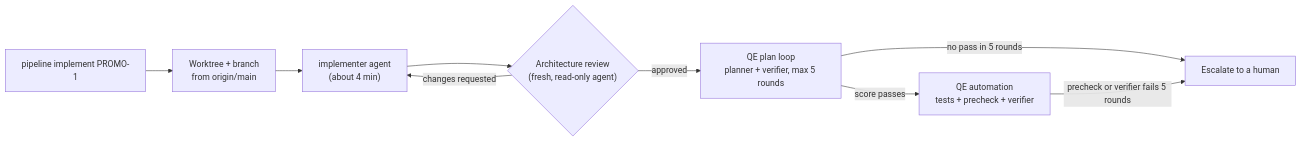
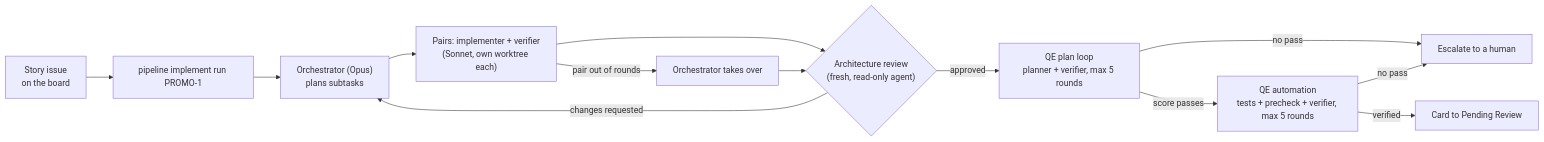
The diagram in docs/ai-pipeline/demo-first-results.md (armandodollia-slalom/AI-Immersion-eShop), drawn with Mermaid before and after one commit. The commit also changed other lines of this file, not shown here.

First line of the commit message:
Add Run 5 results to the PROMO-1 pipeline write-up

````diff
--- a/docs/ai-pipeline/demo-first-results.md
+++ b/docs/ai-pipeline/demo-first-results.md
@@ -11,11 +11,15 @@
 ```mermaid
 flowchart LR
-  C["pipeline implement PROMO-1"] --> W["Worktree + branch<br/>from origin/main"]
-  W --> I["implementer agent<br/>(about 4 min)"]
-  I --> R{"Architecture review<br/>(fresh, read-only agent)"}
-  R -->|changes requested| I
-  R -->|approved| P["QE plan loop<br/>planner + verifier, max 5 rounds"]
-  P -->|score passes| A["QE automation<br/>tests + precheck + verifier"]
-  P -->|no pass in 5 rounds| E["Escalate to a human"]
-  A -->|precheck or verifier fails 5 rounds| E
+  B["Story issue<br/>on the board"] --> C["pipeline implement run PROMO-1"]
+  C --> O["Orchestrator (Opus)<br/>plans subtasks"]
+  O --> P["Pairs: implementer + verifier<br/>(Sonnet, own worktree each)"]
+  P -->|pair out of rounds| T["Orchestrator takes over"]
+  P --> R{"Architecture review<br/>(fresh, read-only agent)"}
+  T --> R
+  R -->|changes requested| O
+  R -->|approved| Q["QE plan loop<br/>planner + verifier, max 5 rounds"]
+  Q -->|score passes| A["QE automation<br/>tests + precheck + verifier, max 5 rounds"]
+  Q -->|no pass| E["Escalate to a human"]
+  A -->|no pass| E
+  A -->|verified| D["Card to Pending Review"]
 ```
````
